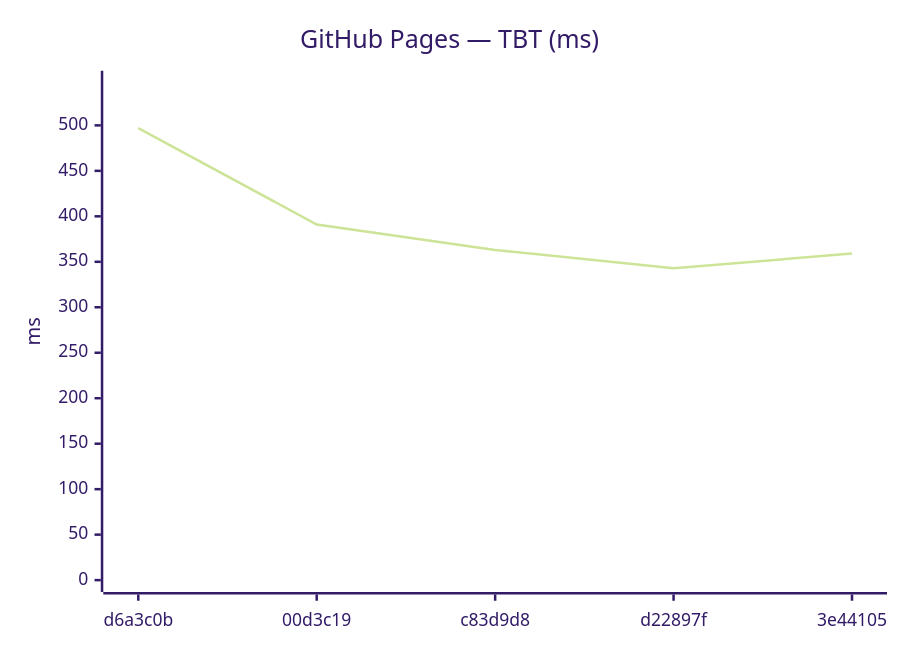
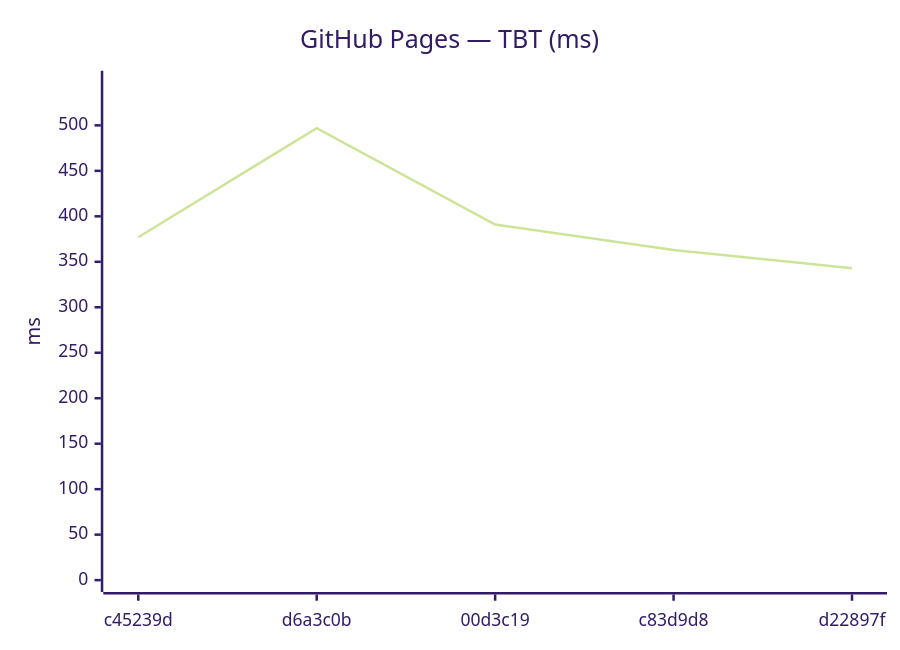
One commit to Metaheurist/Rianell changed the tenth of 18 diagrams in benchmarks/compare.md. Above: the diagram before and after it, drawn with Mermaid (forest theme). The commit also changed other lines of this file and 11 other files, not shown here.

````diff
--- a/benchmarks/compare.md
+++ b/benchmarks/compare.md
@@ -149,7 +149,7 @@
 ```mermaid
 xychart-beta
     title "GitHub Pages — TBT (ms)"
-    x-axis ["d6a3c0b", "00d3c19", "c83d9d8", "d22897f", "3e44105"]
+    x-axis ["c45239d", "d6a3c0b", "00d3c19", "c83d9d8", "d22897f"]
     y-axis "ms" 0 --> 547
-    line [497, 391, 363, 343, 359]
+    line [377, 497, 391, 363, 343]
 ```
````
